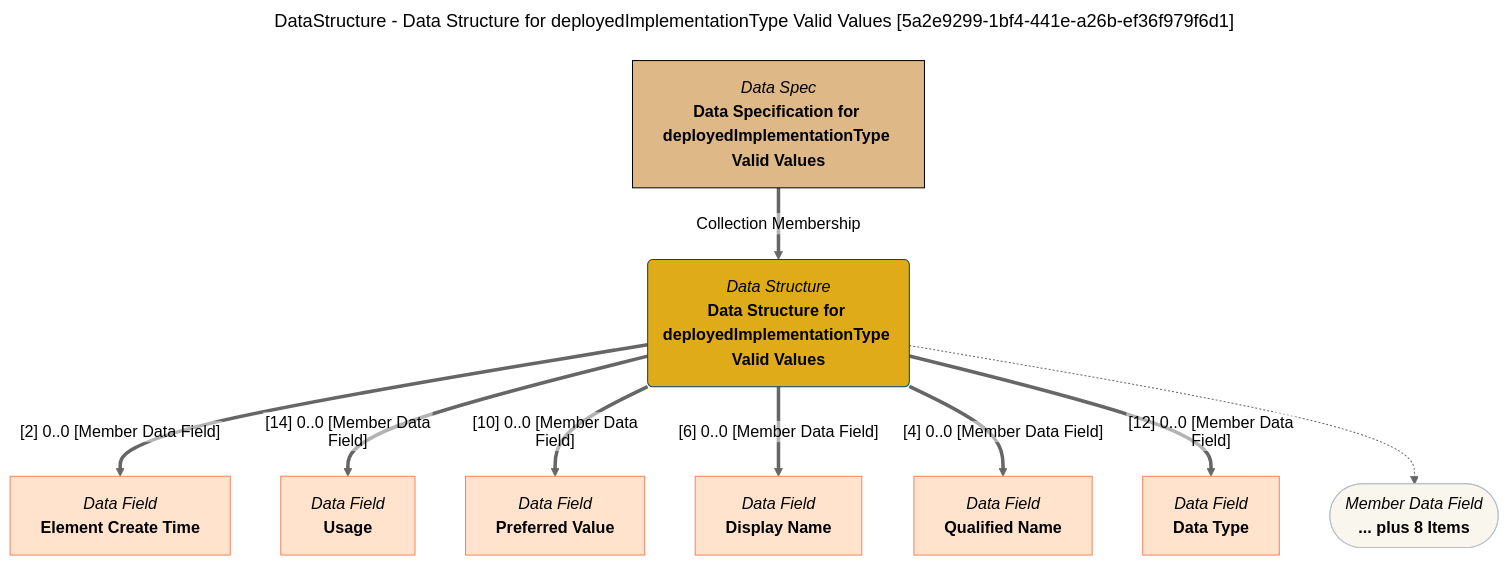
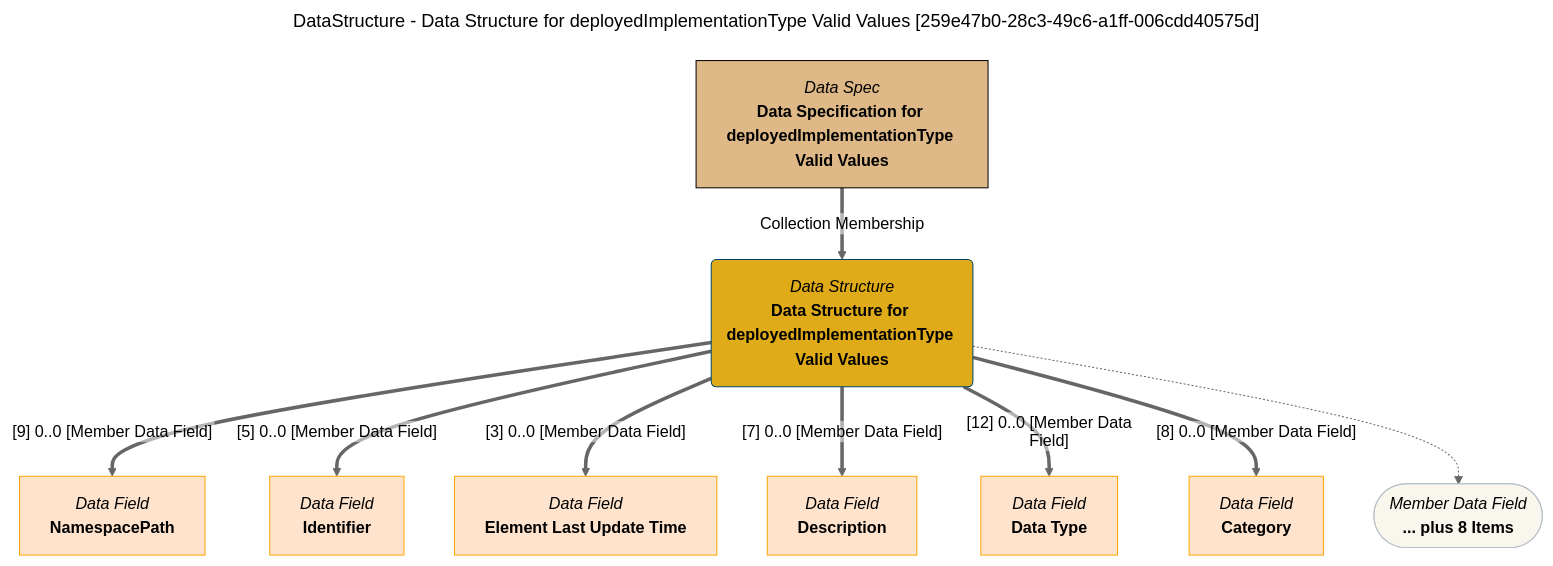
Before and after one commit to odpi/egeria-docs: the diagram in site/snippets/data-structures/data-structure-for-deployedimplementationtype-valid-values-mermaid-graph.md, drawn with Mermaid (neutral theme). The commit also changed 2201 other files, not shown here.

````diff
--- a/site/snippets/data-structures/data-structure-for-deployedimplementationtype-valid-values-mermaid-graph.md
+++ b/site/snippets/data-structures/data-structure-for-deployedimplementationtype-valid-values-mermaid-graph.md
@@ -1,43 +1,43 @@
 ```mermaid
 ---
-title: DataStructure - Data Structure for deployedImplementationType Valid Values [5a2e9299-1bf4-441e-a26b-ef36f979f6d1]
+title: DataStructure - Data Structure for deployedImplementationType Valid Values [259e47b0-28c3-49c6-a1ff-006cdd40575d]
 ---
 flowchart TD
 %%{init: {"flowchart": {"htmlLabels": false}} }%%
 
 1@{ shape: rounded, label: "*Data Structure*
 **Data Structure for deployedImplementationType Valid Values**"}
 2@{ shape: rect, label: "*Data Spec*
 **Data Specification for deployedImplementationType Valid Values**"}
 2==>|"Collection Membership"|1
 3@{ shape: rect, label: "*Data Field*
-**Element Create Time**"}
-1==>|"[2] 0..0 [Member Data Field]"|3
+**NamespacePath**"}
+1==>|"[9] 0..0 [Member Data Field]"|3
 4@{ shape: rect, label: "*Data Field*
-**Usage**"}
-1==>|"[14] 0..0 [Member Data Field]"|4
+**Identifier**"}
+1==>|"[5] 0..0 [Member Data Field]"|4
 5@{ shape: rect, label: "*Data Field*
-**Preferred Value**"}
-1==>|"[10] 0..0 [Member Data Field]"|5
+**Element Last Update Time**"}
+1==>|"[3] 0..0 [Member Data Field]"|5
 6@{ shape: rect, label: "*Data Field*
-**Display Name**"}
-1==>|"[6] 0..0 [Member Data Field]"|6
+**Description**"}
+1==>|"[7] 0..0 [Member Data Field]"|6
 7@{ shape: rect, label: "*Data Field*
-**Qualified Name**"}
-1==>|"[4] 0..0 [Member Data Field]"|7
+**Data Type**"}
+1==>|"[12] 0..0 [Member Data Field]"|7
 8@{ shape: rect, label: "*Data Field*
-**Data Type**"}
-1==>|"[12] 0..0 [Member Data Field]"|8
+**Category**"}
+1==>|"[8] 0..0 [Member Data Field]"|8
 9@{ shape: stadium, label: "*Member Data Field*
 **... plus 8 Items**"}
 1-.->9
 style 1 color:#000000, fill:#e0ab18, stroke:#004563
-style 2 color:#000000, fill:#deb887, stroke:#000000
-style 3 color:#000000, fill:#ffe3cc, stroke:#f9845b
-style 4 color:#000000, fill:#ffe3cc, stroke:#f9845b
-style 5 color:#000000, fill:#ffe3cc, stroke:#f9845b
-style 6 color:#000000, fill:#ffe3cc, stroke:#f9845b
-style 7 color:#000000, fill:#ffe3cc, stroke:#f9845b
-style 8 color:#000000, fill:#ffe3cc, stroke:#f9845b
+style 2 color:#000000, fill:#DEB887, stroke:#000000
+style 3 color:#000000, fill:#ffe3cc, stroke:#FFA500
+style 4 color:#000000, fill:#ffe3cc, stroke:#FFA500
+style 5 color:#000000, fill:#ffe3cc, stroke:#FFA500
+style 6 color:#000000, fill:#ffe3cc, stroke:#FFA500
+style 7 color:#000000, fill:#ffe3cc, stroke:#FFA500
+style 8 color:#000000, fill:#ffe3cc, stroke:#FFA500
 style 9 color:#000000, fill:#F9F7ED, stroke:#b7c0c7
 ```
````
